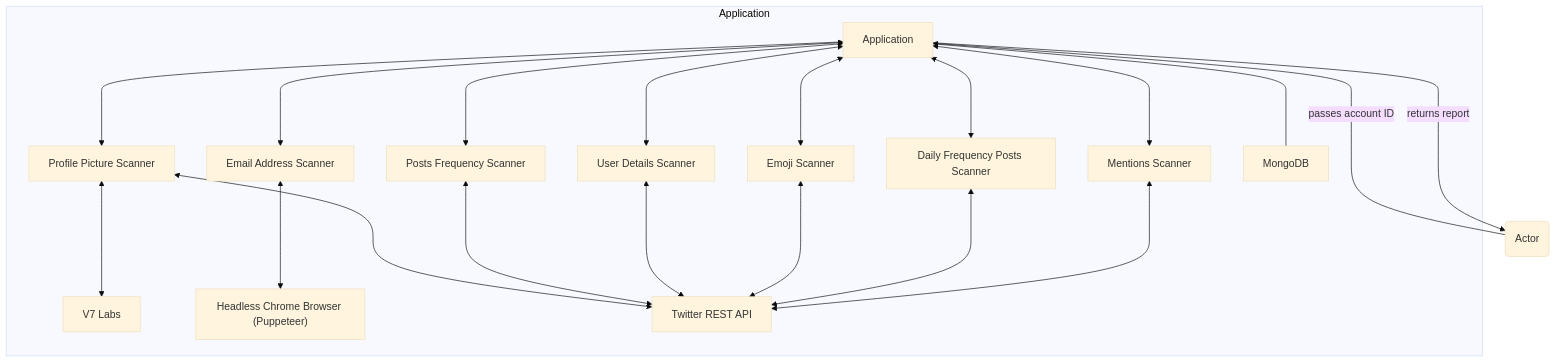
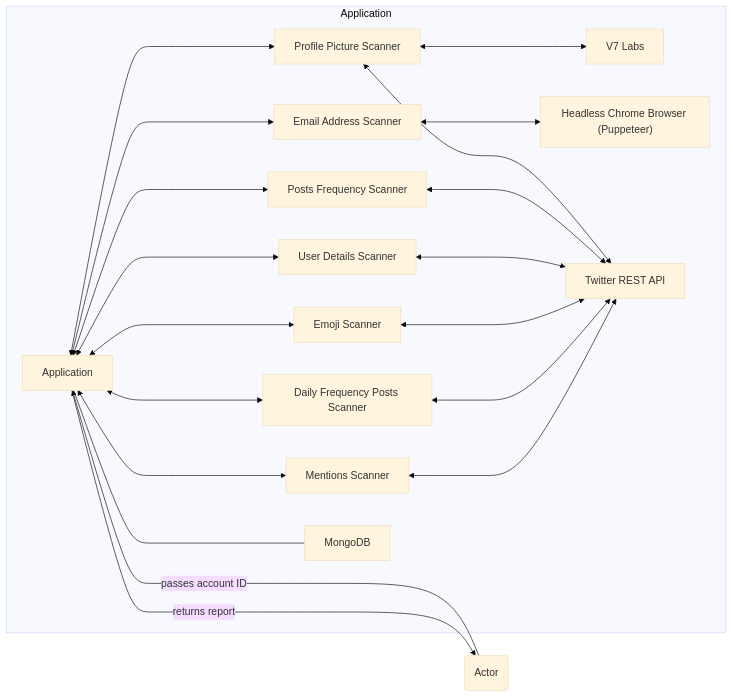
Before and after one commit to elszczepano/master-thesis-automation: the diagram in README.md, drawn with Mermaid (base theme).

Commit message:
Improve diagram readability

````diff
--- a/README.md
+++ b/README.md
@@ -24,23 +24,23 @@
 ```mermaid
-flowchart BT
+flowchart RL
     A(Actor) -- passes account ID ----> B[Application]
     B -- returns report --> A
     subgraph Application
         C[Profile Picture Scanner] <---> B
         E[Posts Frequency Scanner] <---> B
         F[User Details Scanner] <---> B
         G[Emoji Scanner] <---> B
         K[Daily Frequency Posts Scanner]  <---> B
         L[Mentions Scanner]  <---> B
         D[Email Address Scanner] <---> B
         M[MongoDB] <--- B
         H[V7 Labs] <---> C
         I["Headless Chrome Browser (Puppeteer)"] <---> D
         J[Twitter REST API] <---> C
         J <---> E
         J <---> F
         J <---> G
         J <---> K
         J <---> L
     end
 ```
````
